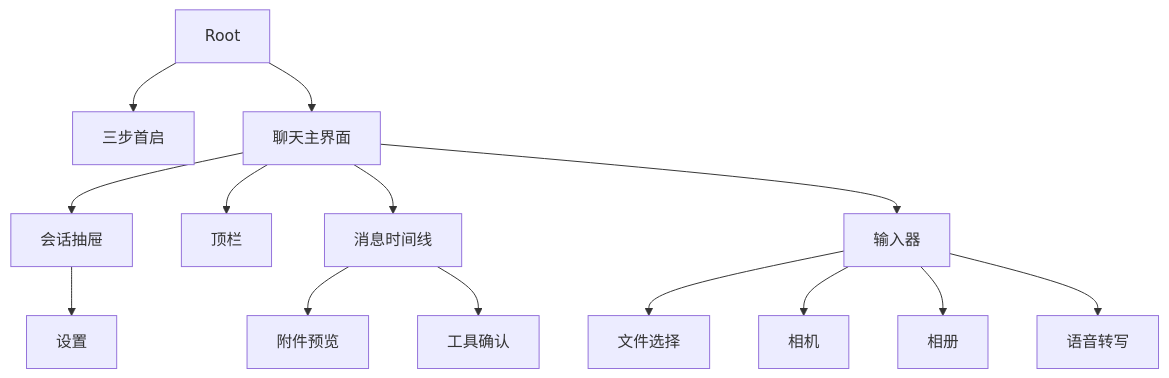
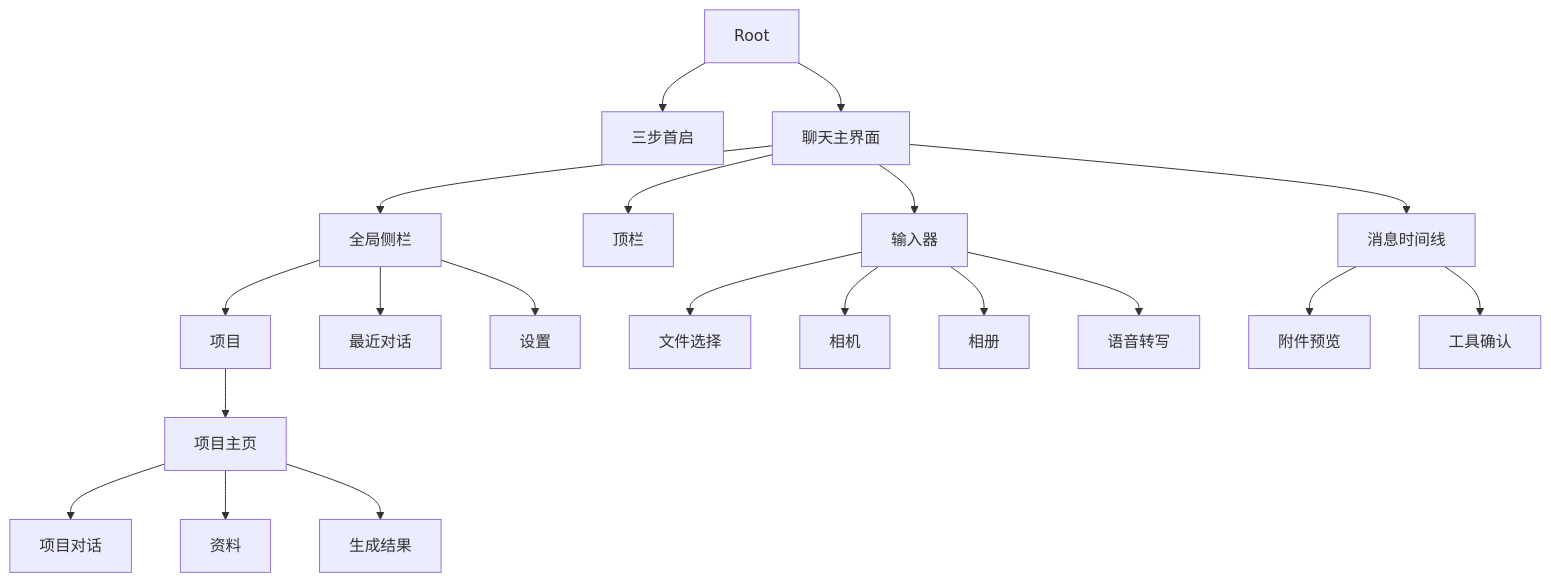
Before and after one commit to IsaacHuo/Familiar: the diagram in Docs/03-ui-ux-design.md, drawn with Mermaid. The commit also changed other lines of this file and 49 other files, not shown here.

Commit message:
feat: add project workspace resources and context snapshots

````diff
--- a/Docs/03-ui-ux-design.md
+++ b/Docs/03-ui-ux-design.md
@@ -19,16 +19,22 @@
 ```mermaid
 flowchart TD
     Root[Root] --> Onboarding[三步首启]
     Root --> Chat[聊天主界面]
-    Chat --> Drawer[会话抽屉]
+    Chat --> Drawer[全局侧栏]
+    Drawer --> Projects[项目]
+    Drawer --> Recent[最近对话]
+    Projects --> ProjectHome[项目主页]
+    ProjectHome --> ProjectChat[项目对话]
+    ProjectHome --> Resources[资料]
+    ProjectHome --> Artifacts[生成结果]
     Chat --> TopBar[顶栏]
     Chat --> Timeline[消息时间线]
     Chat --> Composer[输入器]
     Drawer --> Settings[设置]
     Composer --> Files[文件选择]
     Composer --> Camera[相机]
     Composer --> Photos[相册]
     Composer --> Speech[语音转写]
     Timeline --> Preview[附件预览]
     Timeline --> Confirmation[工具确认]
 ```
````
